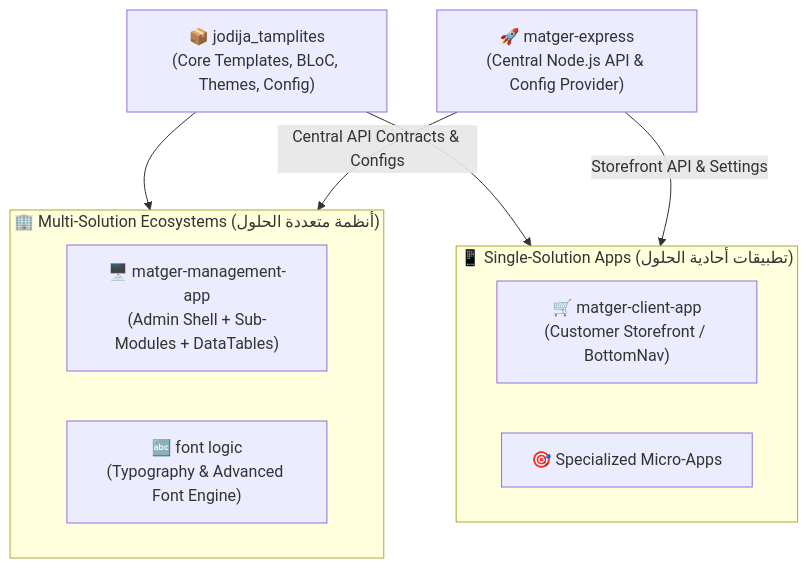
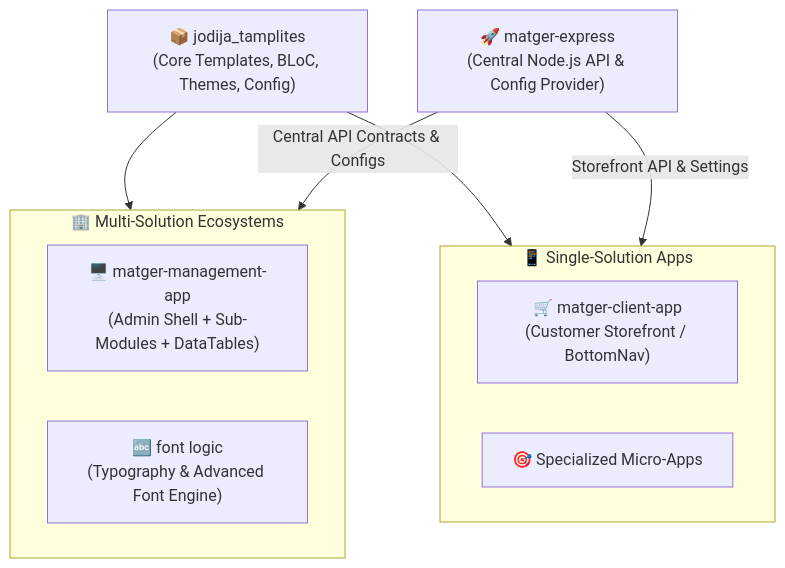
The diagram in README.md (zeftawyapps/jodija_tamplites), drawn with Mermaid before and after one commit. The commit also changed other lines of this file and 2 other files, not shown here.

````diff
--- a/README.md
+++ b/README.md
@@ -44,20 +47,20 @@
 ```mermaid
 graph TD
     Templates["📦 jodija_tamplites\n(Core Templates, BLoC, Themes, Config)"]
     Express["🚀 matger-express\n(Central Node.js API & Config Provider)"]
     
-    subgraph MultiSolution ["🏢 Multi-Solution Ecosystems (أنظمة متعددة الحلول)"]
+    subgraph MultiSolution ["🏢 Multi-Solution Ecosystems"]
         Management["🖥️ matger-management-app\n(Admin Shell + Sub-Modules + DataTables)"]
         FontLogic["🔤 font logic\n(Typography & Advanced Font Engine)"]
     end
     
-    subgraph SingleSolution ["📱 Single-Solution Apps (تطبيقات أحادية الحلول)"]
+    subgraph SingleSolution ["📱 Single-Solution Apps"]
         Client["🛒 matger-client-app\n(Customer Storefront / BottomNav)"]
         Specialized["🎯 Specialized Micro-Apps"]
     end
     
     Templates --> MultiSolution
     Templates --> SingleSolution
     Express -->|Central API Contracts & Configs| MultiSolution
     Express -->|Storefront API & Settings| SingleSolution
 ```
````
